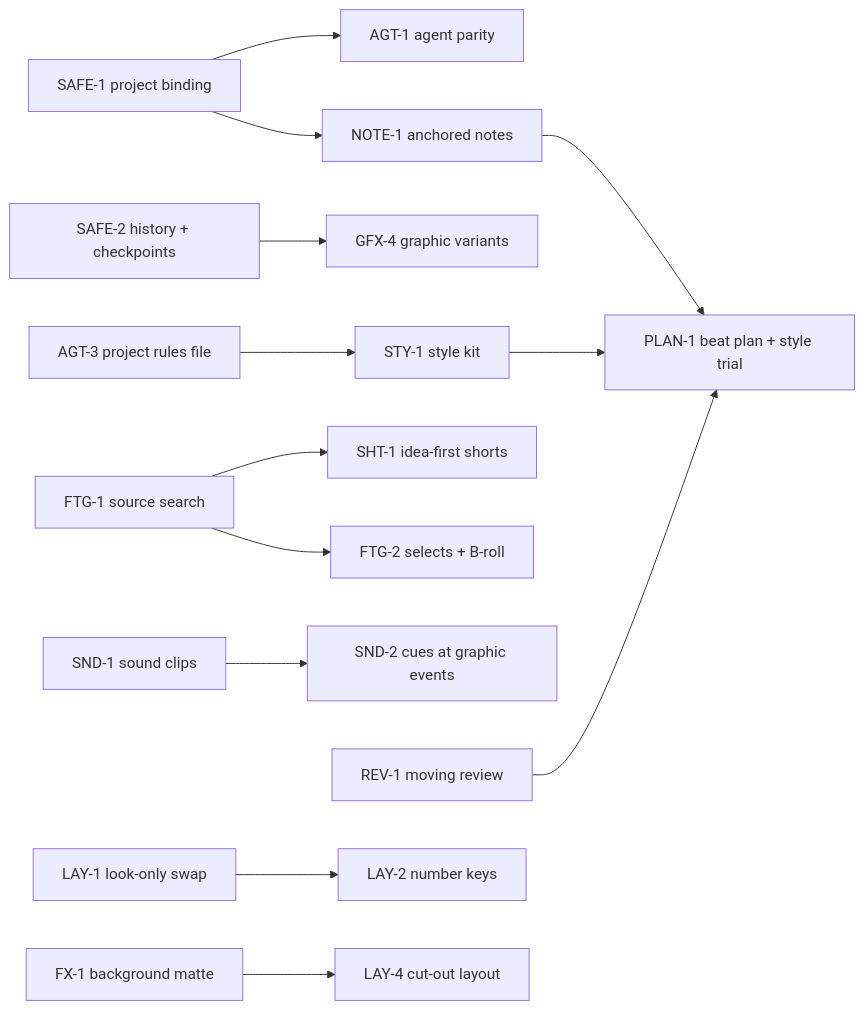
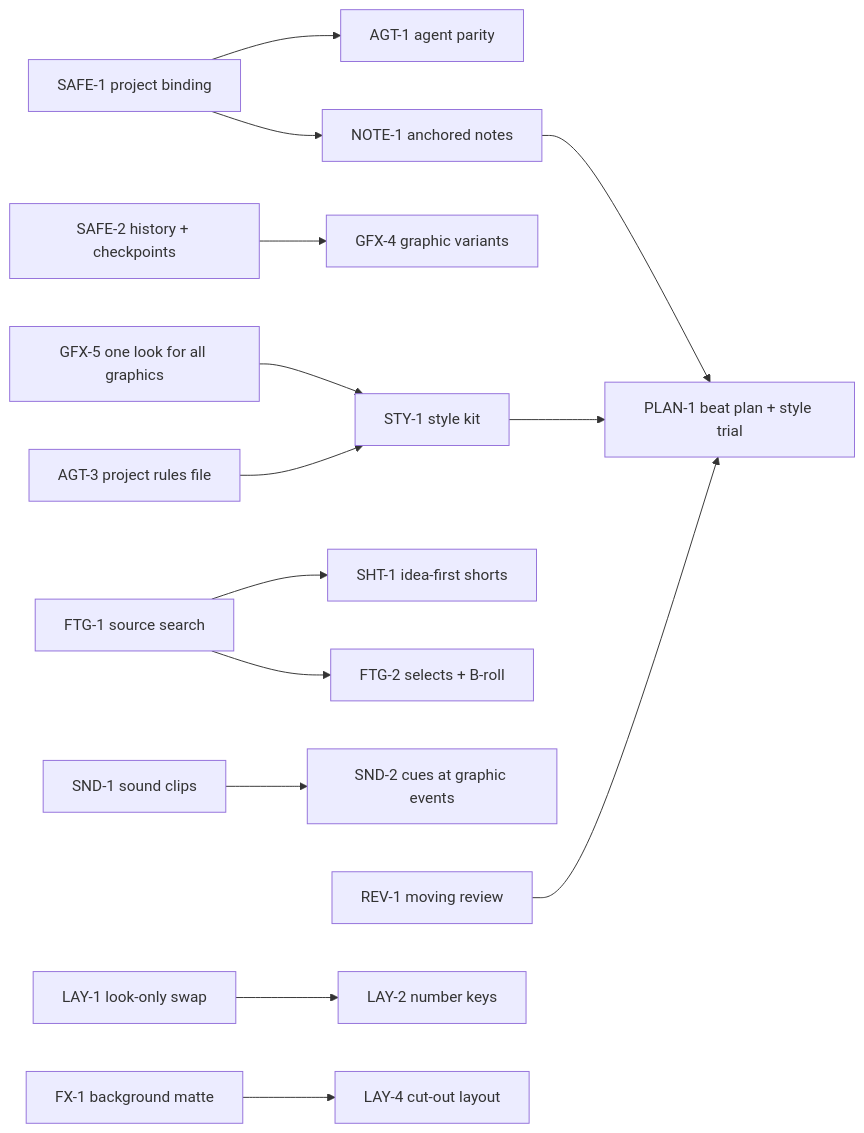
One commit to CreaperLost/Automated-Editor changed the diagram in docs/roadmap.md. Above: the diagram before and after it, drawn with Mermaid. The commit also changed other lines of this file and 24 other files, not shown here.

````diff
--- a/docs/roadmap.md
+++ b/docs/roadmap.md
@@ -27,15 +27,16 @@
 ```mermaid
 flowchart LR
     SAFE1[SAFE-1 project binding] --> AGT1[AGT-1 agent parity]
     SAFE1 --> NOTE1[NOTE-1 anchored notes]
     SAFE2[SAFE-2 history + checkpoints] --> GFX4[GFX-4 graphic variants]
     NOTE1 --> PLAN1[PLAN-1 beat plan + style trial]
+    GFX5[GFX-5 one look for all graphics] --> STY1
     AGT3[AGT-3 project rules file] --> STY1[STY-1 style kit]
     STY1 --> PLAN1
     FTG1[FTG-1 source search] --> SHT1[SHT-1 idea-first shorts]
     FTG1 --> FTG2[FTG-2 selects + B-roll]
     SND1[SND-1 sound clips] --> SND2[SND-2 cues at graphic events]
     REV1[REV-1 moving review] --> PLAN1
     LAY1[LAY-1 look-only swap] --> LAY2[LAY-2 number keys]
     FX1[FX-1 background matte] --> LAY4[LAY-4 cut-out layout]
 ```
````
